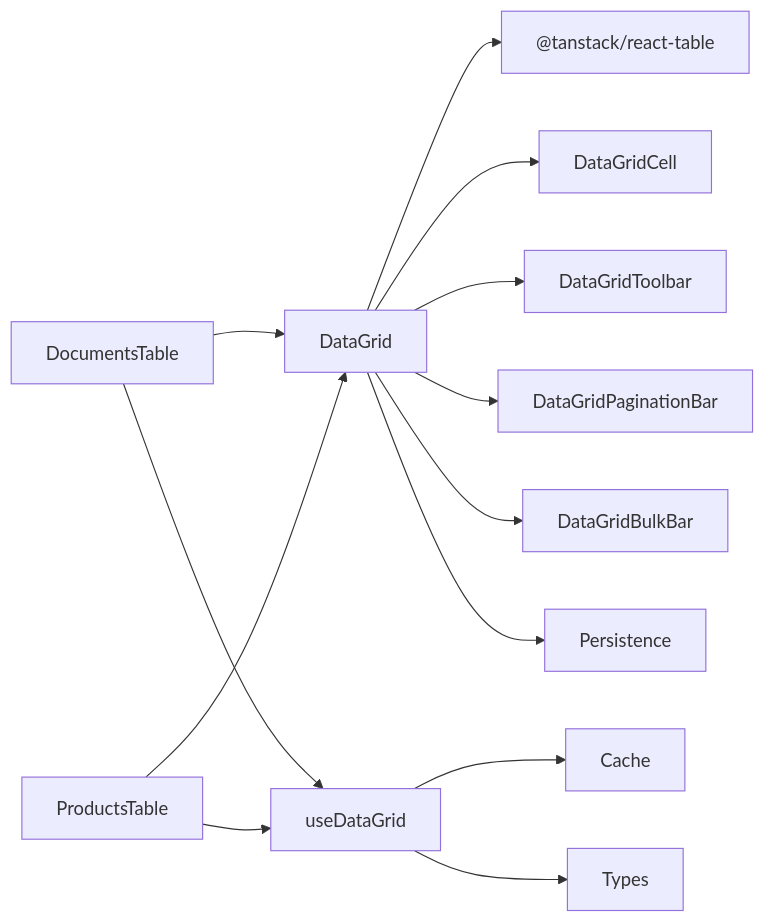
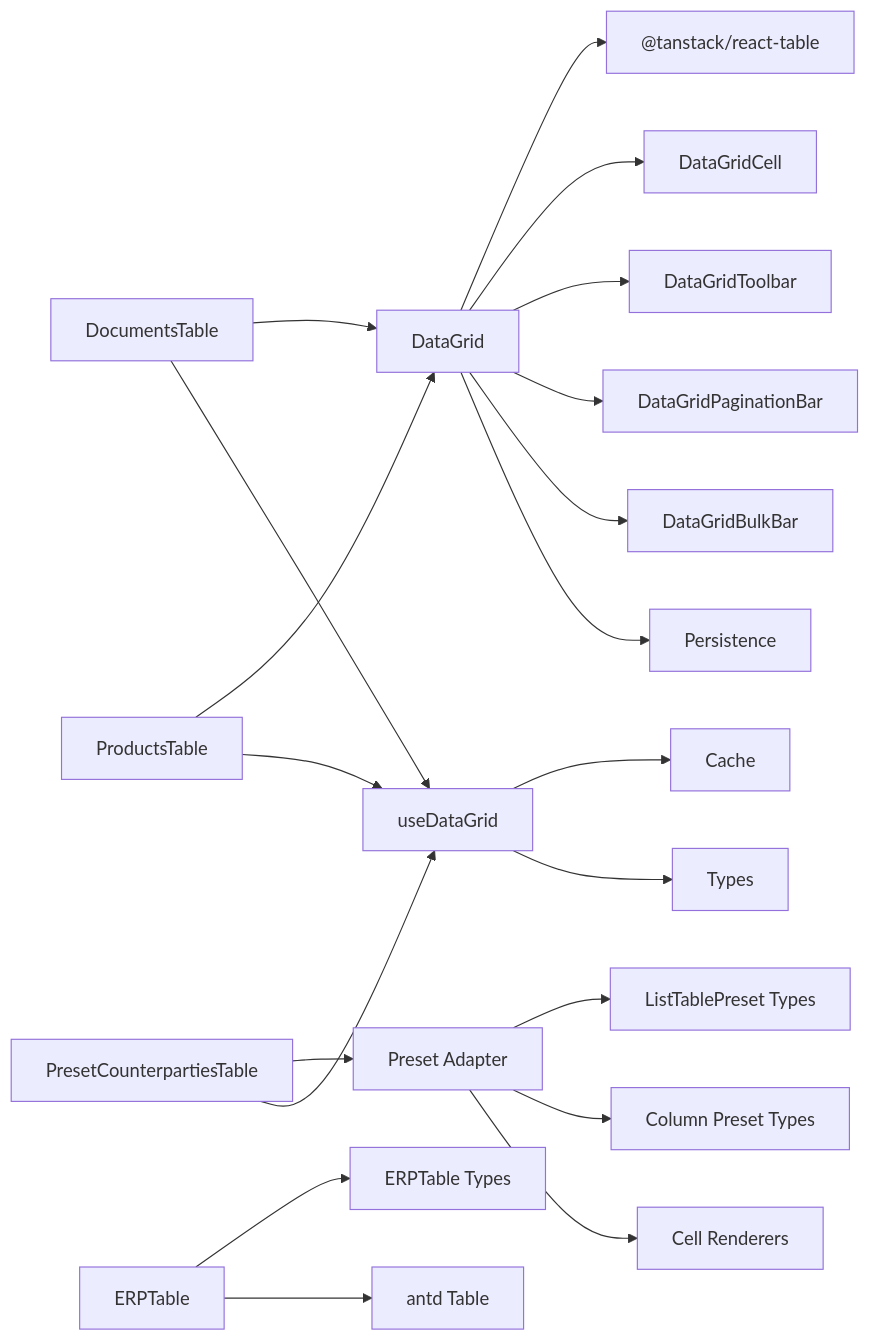
One commit to nzey11/erp-new changed the fourth of 4 diagrams in .qoder/repowiki/en/content/UI Components/Data Grid System.md. Above: the diagram before and after it, drawn with Mermaid. The commit also changed other lines of this file and 46 other files, not shown here.

````diff
--- a/.qoder/repowiki/en/content/UI Components/Data Grid System.md
+++ b/.qoder/repowiki/en/content/UI Components/Data Grid System.md
@@ -309,15 +275,22 @@
 ```mermaid
 graph LR
 DG["DataGrid"] --> RT["@tanstack/react-table"]
 DG --> DGC["DataGridCell"]
 DG --> DGT["DataGridToolbar"]
 DG --> DGP["DataGridPaginationBar"]
 DG --> DGB["DataGridBulkBar"]
 DG --> PERSIST["Persistence"]
+PA["Preset Adapter"] --> LTP["ListTablePreset Types"]
+PA --> CPRESET["Column Preset Types"]
+PA --> RENDERERS["Cell Renderers"]
+ERT["ERPTable"] --> ERTT["ERPTable Types"]
+ERT --> ANT["antd Table"]
 DT["DocumentsTable"] --> DG
 PT["ProductsTable"] --> DG
-DT --> UDG["useDataGrid"]
+PCPT["PresetCounterpartiesTable"] --> PA
+PCPT --> UDG["useDataGrid"]
+DT --> UDG
 PT --> UDG
 UDG --> CACHE["Cache"]
 UDG --> TYPES["Types"]
 ```
````
